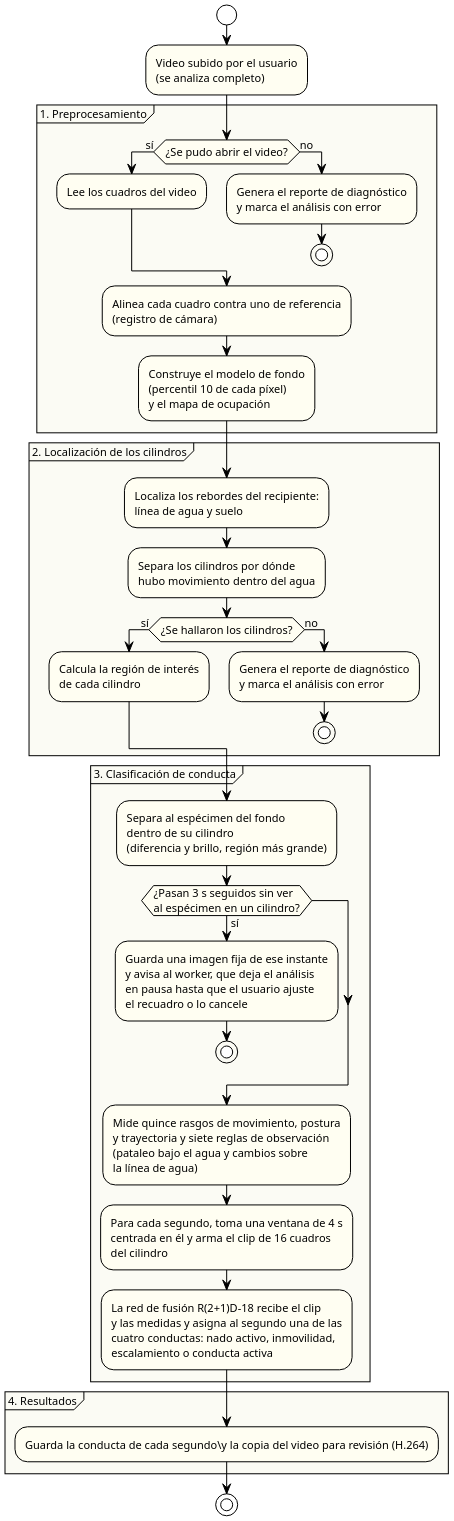
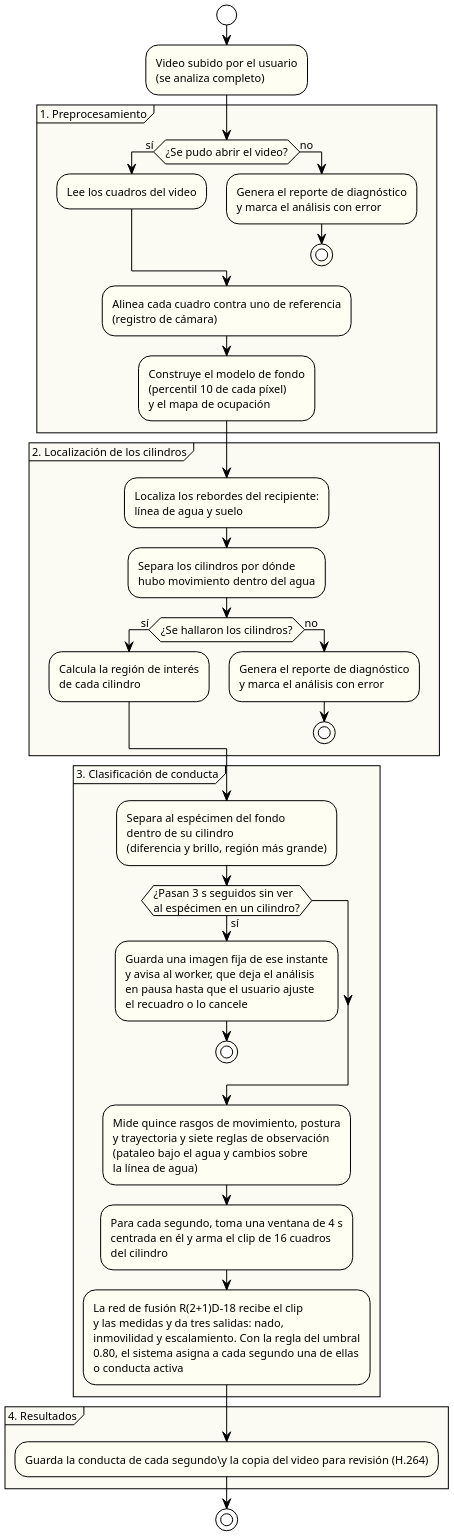
The diagram in diagramas/pipeline.puml (ErickJester/fst-ai-system-latex), drawn with PlantUML before and after one commit. The commit also changed 16 other files, not shown here.

```diff
--- a/diagramas/pipeline.puml
+++ b/diagramas/pipeline.puml
@@ -1,76 +1,77 @@
 @startuml pipeline
 ' ================================================================
 '  Pipeline de analisis conductual — FST
 '  TT 2026-B066 | ESCOM-IPN
 ' ----------------------------------------------------------------
 '  Reemplaza a figures/mermaid/pipeline.png (Mermaid sin fuente en
 '  el repo), que mostraba cinco modulos con YOLOv8 + ByteTrack y
 '  ResNet-18/50 con respaldo por geometria. Se rehace desde el texto
 '  vigente del cap. 5 (Modulos 1-4) y el etiquetador real (fst_auto):
 '
 '  - Sin modulo de seguimiento (CLA-02, 5-oct): un especimen por
 '    cilindro, asi que no hay tracker. Las etapas son las de D-16
 '    revisado: preprocesamiento, cilindros, clasificacion.
 '  - Clasificacion (D-66): la red de fusion R(2+1)D-18 es el clasificador:
 '    recibe el clip de 16 cuadros de una ventana de 4 s y una rama de
-'    medidas (15 rasgos y 7 reglas); entrega solo la conducta de cada
-'    segundo, una de cuatro (D-78, D-94): sin probabilidades ni regla
-'    de confianza. El gradient boosting es
+'    medidas (15 rasgos y 7 reglas); tiene tres salidas (escalamiento,
+'    inmovilidad, nado). La conducta activa no sale de la red: se asigna
+'    por segundo con una regla de tres pasos y umbral 0.80 (RN-13). El
+'    gradient boosting es
 '    el etiquetador del equipo y aporta los 15 rasgos.
 '  - Preprocesamiento segun fst_auto (CLA-04, 5-oct): sin correccion
 '    de contraste; fondo por percentil 10, no por mediana.
 '
 '  Generar:
 '      java -jar plantuml.jar -tpng diagramas/pipeline.puml
 ' ================================================================
 
 !theme plain
 skinparam defaultFontName Arial
 skinparam defaultFontSize 11
 skinparam shadowing false
 skinparam dpi 200
 skinparam ActivityBackgroundColor #FFFEF2
 skinparam PartitionBackgroundColor #FBFBF4
 
 start
 :Video subido por el usuario\n(se analiza completo);
 
 partition "1. Preprocesamiento" {
   if (¿Se pudo abrir el video?) then (sí)
     :Lee los cuadros del video;
   else (no)
     :Genera el reporte de diagnóstico\ny marca el análisis con error;
     stop
   endif
   :Alinea cada cuadro contra uno de referencia\n(registro de cámara);
   :Construye el modelo de fondo\n(percentil 10 de cada píxel)\ny el mapa de ocupación;
 }
 
 partition "2. Localización de los cilindros" {
   :Localiza los rebordes del recipiente:\nlínea de agua y suelo;
   :Separa los cilindros por dónde\nhubo movimiento dentro del agua;
   if (¿Se hallaron los cilindros?) then (sí)
     :Calcula la región de interés\nde cada cilindro;
   else (no)
     :Genera el reporte de diagnóstico\ny marca el análisis con error;
     stop
   endif
 }
 
 partition "3. Clasificación de conducta" {
   :Separa al espécimen del fondo\ndentro de su cilindro\n(diferencia y brillo, región más grande);
   if (¿Pasan 3 s seguidos sin ver\nal espécimen en un cilindro?) then (sí)
     :Guarda una imagen fija de ese instante\ny avisa al worker, que deja el análisis\nen pausa hasta que el usuario ajuste\nel recuadro o lo cancele;
     stop
   endif
   :Mide quince rasgos de movimiento, postura\ny trayectoria y siete reglas de observación\n(pataleo bajo el agua y cambios sobre\nla línea de agua);
   :Para cada segundo, toma una ventana de 4 s\ncentrada en él y arma el clip de 16 cuadros\ndel cilindro;
-  :La red de fusión R(2+1)D-18 recibe el clip\ny las medidas y asigna al segundo una de las\ncuatro conductas: nado activo, inmovilidad,\nescalamiento o conducta activa;
+  :La red de fusión R(2+1)D-18 recibe el clip\ny las medidas y da tres salidas: nado,\ninmovilidad y escalamiento. Con la regla del umbral\n0.80, el sistema asigna a cada segundo una de ellas\no conducta activa;
 }
 
 partition "4. Resultados" {
   :Guarda la conducta de cada segundo\y la copia del video para revisión (H.264);
 }
 stop
 
 @enduml
```
